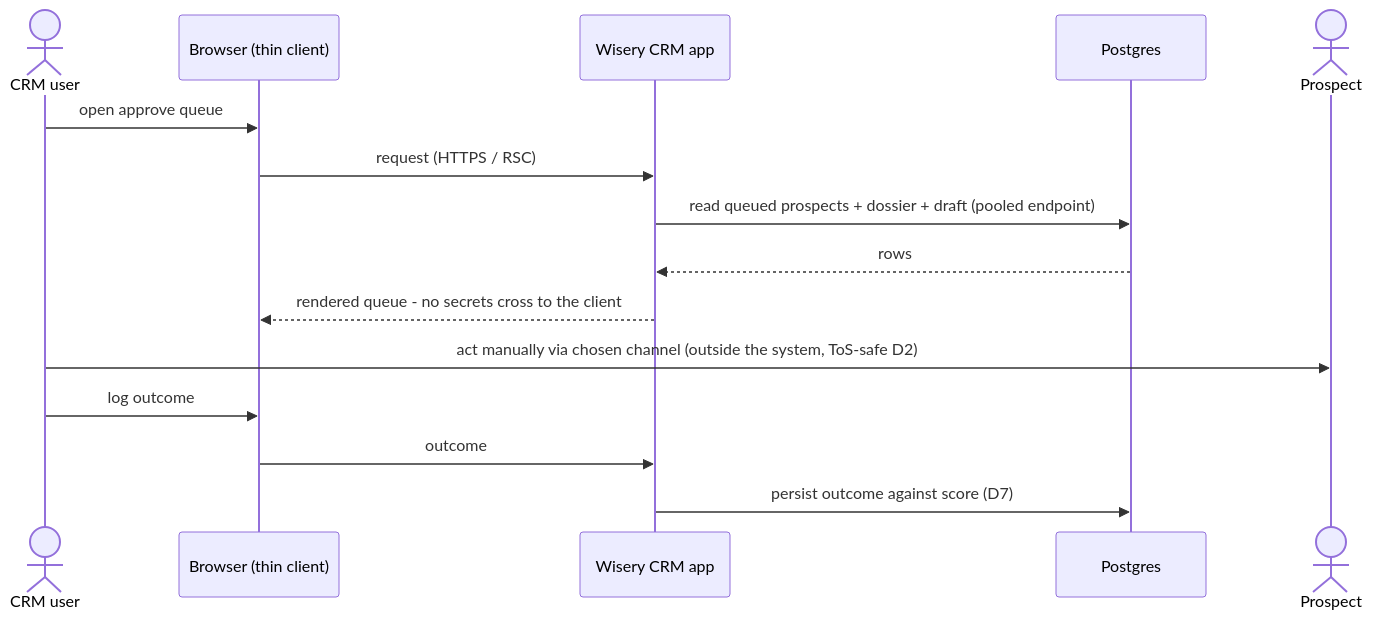
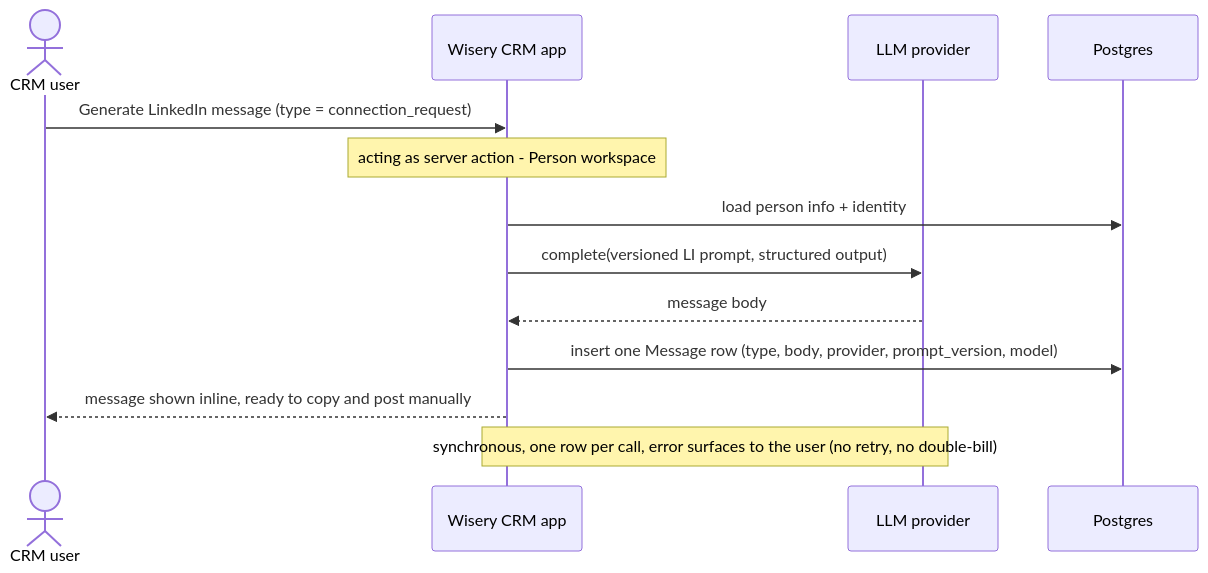
Before and after one commit to m-ratnikov/wisery-crm: the fourth of 10 diagrams in docs/architecture/system-design.md, drawn with Mermaid. The commit also changed other lines of this file and 20 other files, not shown here.

First line of the commit message:
Land engagement-rework architecture (ADR-0019..0021) into canon

````diff
--- a/docs/architecture/system-design.md
+++ b/docs/architecture/system-design.md
@@ -159,18 +153,15 @@
 ```mermaid
 sequenceDiagram
     actor U as CRM user
-    participant B as Browser (thin client)
     participant App as Wisery CRM app
+    participant LLM as LLM provider
     participant DB as Postgres
-    actor P as Prospect
-
-    U->>B: open approve queue
-    B->>App: request (HTTPS / RSC)
-    App->>DB: read queued prospects + dossier + draft (pooled endpoint)
-    DB-->>App: rows
-    App-->>B: rendered queue - no secrets cross to the client
-    U->>P: act manually via chosen channel (outside the system, ToS-safe D2)
-    U->>B: log outcome
-    B->>App: outcome
-    App->>DB: persist outcome against score (D7)
+    U->>App: Generate LinkedIn message (type = connection_request)
+    Note over App: acting as server action - Person workspace
+    App->>DB: load person info + identity
+    App->>LLM: complete(versioned LI prompt, structured output)
+    LLM-->>App: message body
+    App->>DB: insert one Message row (type, body, provider, prompt_version, model)
+    App-->>U: message shown inline, ready to copy and post manually
+    Note over App,LLM: synchronous, one row per call, error surfaces to the user (no retry, no double-bill)
 ```
````
